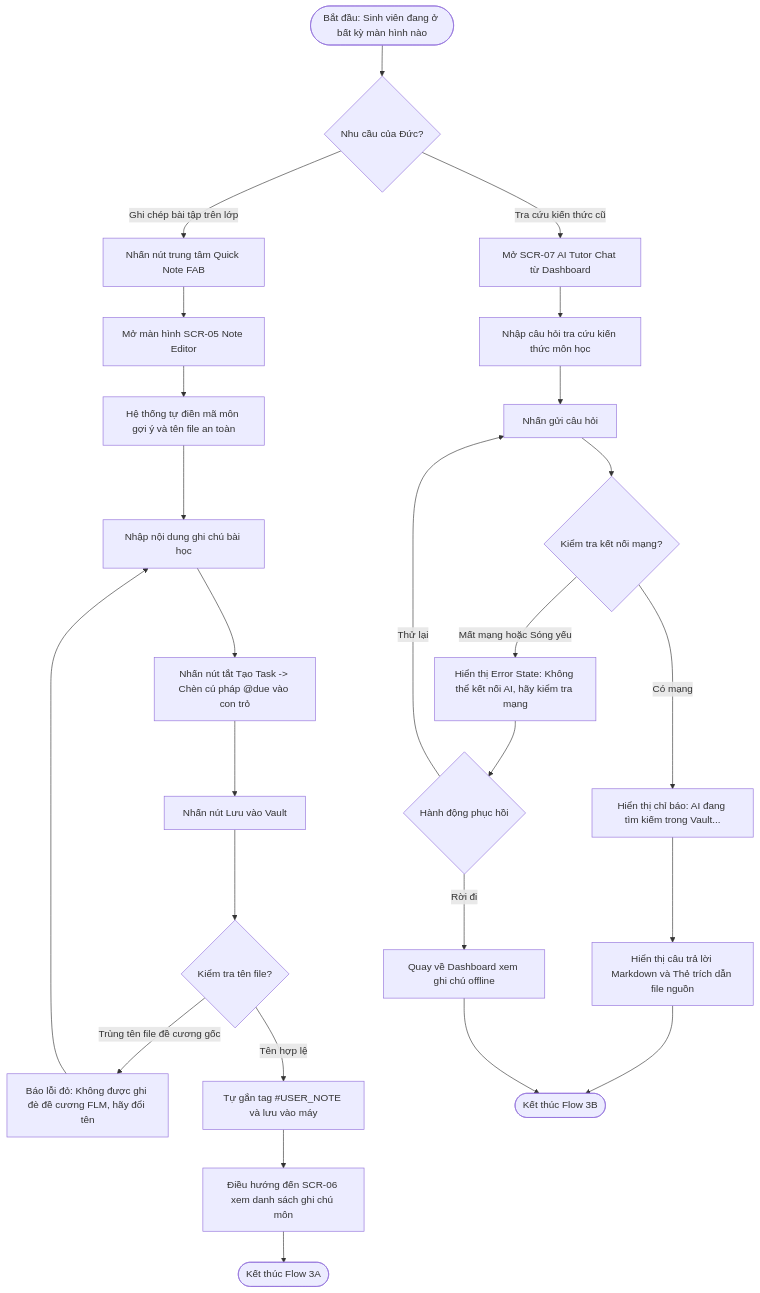
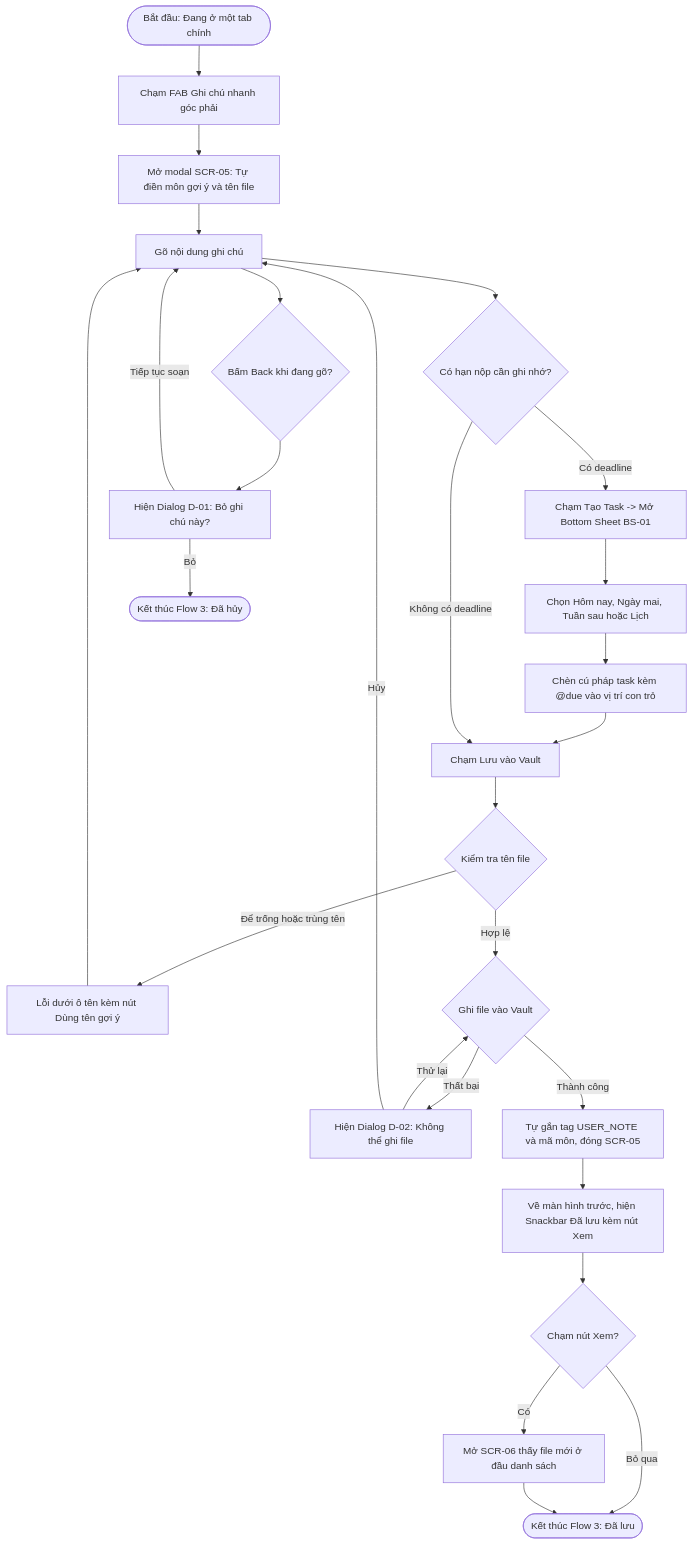
One commit to quanglong68/prm323-lab2-gr6 changed the third of 4 diagrams in user-flow.md. Above: the diagram before and after it, drawn with Mermaid. The commit also changed other lines of this file, not shown here.

````diff
--- a/user-flow.md
+++ b/user-flow.md
@@ -112,28 +173,29 @@
 ```mermaid
 flowchart TD
-    Start(["Bắt đầu: Sinh viên đang ở bất kỳ màn hình nào"]) --> ChooseGoal{"Nhu cầu của Đức?"}
-    ChooseGoal -->|Ghi chép bài tập trên lớp| TapFAB["Nhấn nút trung tâm Quick Note FAB"]
-    TapFAB --> OpenEditor["Mở màn hình SCR-05 Note Editor"]
-    OpenEditor --> AutoGen["Hệ thống tự điền mã môn gợi ý và tên file an toàn"]
-    AutoGen --> InputContent["Nhập nội dung ghi chú bài học"]
-    InputContent --> InsertShortcut["Nhấn nút tắt Tạo Task -> Chèn cú pháp @due vào con trỏ"]
-    InsertShortcut --> TapSave["Nhấn nút Lưu vào Vault"]
-    TapSave --> ValidateName{"Kiểm tra tên file?"}
-    ValidateName -->|Trùng tên file đề cương gốc| ShowError["Báo lỗi đỏ: Không được ghi đè đề cương FLM, hãy đổi tên"]
-    ShowError --> InputContent
-    ValidateName -->|Tên hợp lệ| SaveSuccess["Tự gắn tag #USER_NOTE và lưu vào máy"]
-    SaveSuccess --> ViewInList["Điều hướng đến SCR-06 xem danh sách ghi chú môn"]
-    ViewInList --> EndFlow3A(["Kết thúc Flow 3A"])
-    ChooseGoal -->|Tra cứu kiến thức cũ| OpenChat["Mở SCR-07 AI Tutor Chat từ Dashboard"]
-    OpenChat --> EnterPrompt["Nhập câu hỏi tra cứu kiến thức môn học"]
-    EnterPrompt --> SendQuery["Nhấn gửi câu hỏi"]
-    SendQuery --> CheckNetwork{"Kiểm tra kết nối mạng?"}
-    CheckNetwork -->|Có mạng| AISearching["Hiển thị chỉ báo: AI đang tìm kiếm trong Vault..."]
-    AISearching --> DisplayAnswer["Hiển thị câu trả lời Markdown và Thẻ trích dẫn file nguồn"]
-    DisplayAnswer --> EndFlow3B(["Kết thúc Flow 3B"])
-    CheckNetwork -->|Mất mạng hoặc Sóng yếu| ShowNetError["Hiển thị Error State: Không thể kết nối AI, hãy kiểm tra mạng"]
-    ShowNetError --> RetryAction{"Hành động phục hồi"}
-    RetryAction -->|Thử lại| SendQuery
-    RetryAction -->|Rời đi| BackHome["Quay về Dashboard xem ghi chú offline"]
-    BackHome --> EndFlow3B
+    Start(["Bắt đầu: Đang ở một tab chính"]) --> TapFAB["Chạm FAB Ghi chú nhanh góc phải"]
+    TapFAB --> OpenEditor["Mở modal SCR-05: Tự điền môn gợi ý và tên file"]
+    OpenEditor --> TypeContent["Gõ nội dung ghi chú"]
+    TypeContent --> CheckDeadline{"Có hạn nộp cần ghi nhớ?"}
+    CheckDeadline -->|Có deadline| OpenBottomSheet["Chạm Tạo Task -> Mở Bottom Sheet BS-01"]
+    OpenBottomSheet --> PickDate["Chọn Hôm nay, Ngày mai, Tuần sau hoặc Lịch"]
+    PickDate --> InsertTaskCode["Chèn cú pháp task kèm @due vào vị trí con trỏ"]
+    InsertTaskCode --> UserSubmit["Chạm Lưu vào Vault"]
+    CheckDeadline -->|Không có deadline| UserSubmit
+    TypeContent --> CheckCancel{"Bấm Back khi đang gõ?"}
+    CheckCancel --> ConfirmDialog["Hiện Dialog D-01: Bỏ ghi chú này?"]
+    ConfirmDialog -->|Tiếp tục soạn| TypeContent
+    ConfirmDialog -->|Bỏ| EndFlow3Cancel(["Kết thúc Flow 3: Đã hủy"])
+    UserSubmit --> ValidateFileName{"Kiểm tra tên file"}
+    ValidateFileName -->|Để trống hoặc trùng tên| ShowValidationError["Lỗi dưới ô tên kèm nút Dùng tên gợi ý"]
+    ShowValidationError --> TypeContent
+    ValidateFileName -->|Hợp lệ| AttemptWrite{"Ghi file vào Vault"}
+    AttemptWrite -->|Thất bại| ErrorDialog["Hiện Dialog D-02: Không thể ghi file"]
+    ErrorDialog -->|Thử lại| AttemptWrite
+    ErrorDialog -->|Hủy| TypeContent
+    AttemptWrite -->|Thành công| SaveSuccess["Tự gắn tag USER_NOTE và mã môn, đóng SCR-05"]
+    SaveSuccess --> BackWithSnackbar["Về màn hình trước, hiện Snackbar Đã lưu kèm nút Xem"]
+    BackWithSnackbar --> ViewNewFile{"Chạm nút Xem?"}
+    ViewNewFile -->|Có| OpenNotesTab["Mở SCR-06 thấy file mới ở đầu danh sách"]
+    ViewNewFile -->|Bỏ qua| EndFlow3Saved(["Kết thúc Flow 3: Đã lưu"])
+    OpenNotesTab --> EndFlow3Saved
 ```
````
